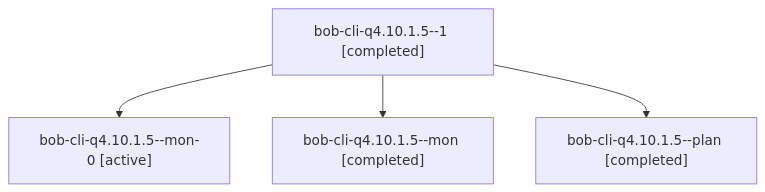
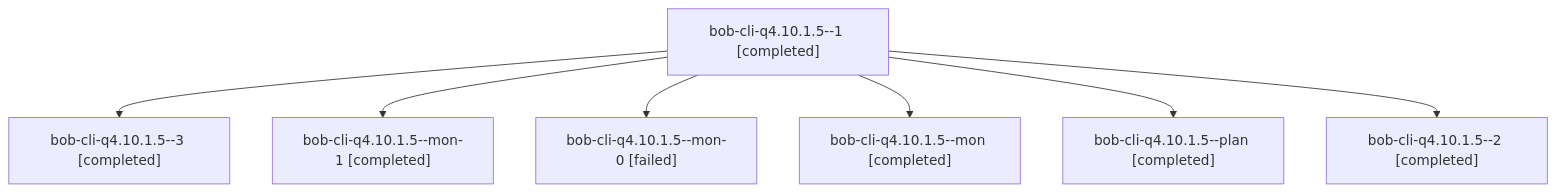
Before and after one commit to bobs-org/bob-cli--agents: the diagram in sessions/bbugyi200.athena.bob-cli-q4.10.1.5.md, drawn with Mermaid. The commit also changed other lines of this file and 208 other files, not shown here.

````diff
--- a/sessions/bbugyi200.athena.bob-cli-q4.10.1.5.md
+++ b/sessions/bbugyi200.athena.bob-cli-q4.10.1.5.md
@@ -9,10 +9,16 @@
 ```mermaid
 flowchart TD
   n0["bob-cli-q4.10.1.5--1 [completed]"]
-  n1["bob-cli-q4.10.1.5--mon-0 [active]"]
+  n1["bob-cli-q4.10.1.5--3 [completed]"]
   n0 --> n1
-  n2["bob-cli-q4.10.1.5--mon [completed]"]
+  n2["bob-cli-q4.10.1.5--mon-1 [completed]"]
   n0 --> n2
-  n3["bob-cli-q4.10.1.5--plan [completed]"]
+  n3["bob-cli-q4.10.1.5--mon-0 [failed]"]
   n0 --> n3
+  n4["bob-cli-q4.10.1.5--mon [completed]"]
+  n0 --> n4
+  n5["bob-cli-q4.10.1.5--plan [completed]"]
+  n0 --> n5
+  n6["bob-cli-q4.10.1.5--2 [completed]"]
+  n0 --> n6
 ```
````
